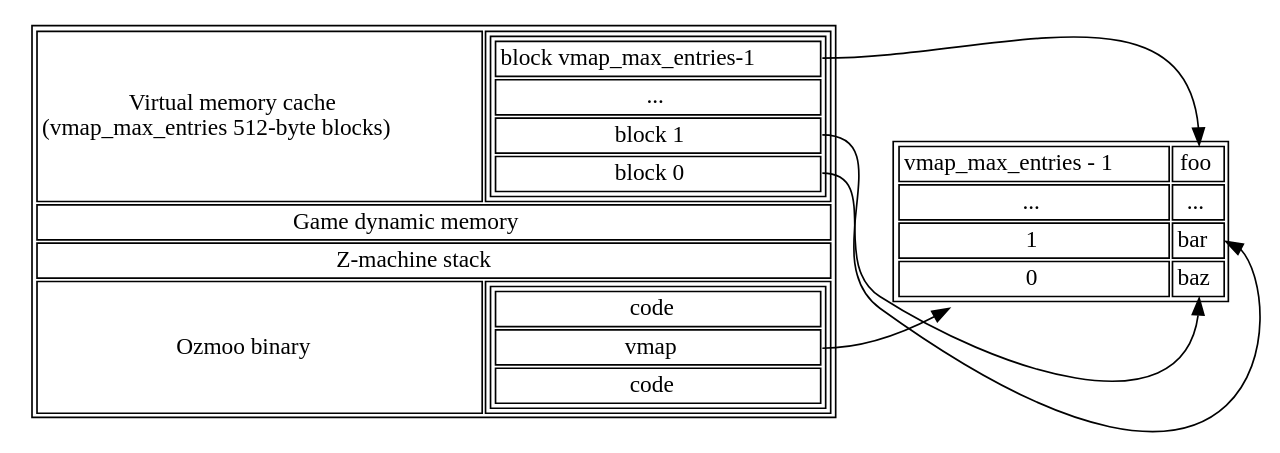
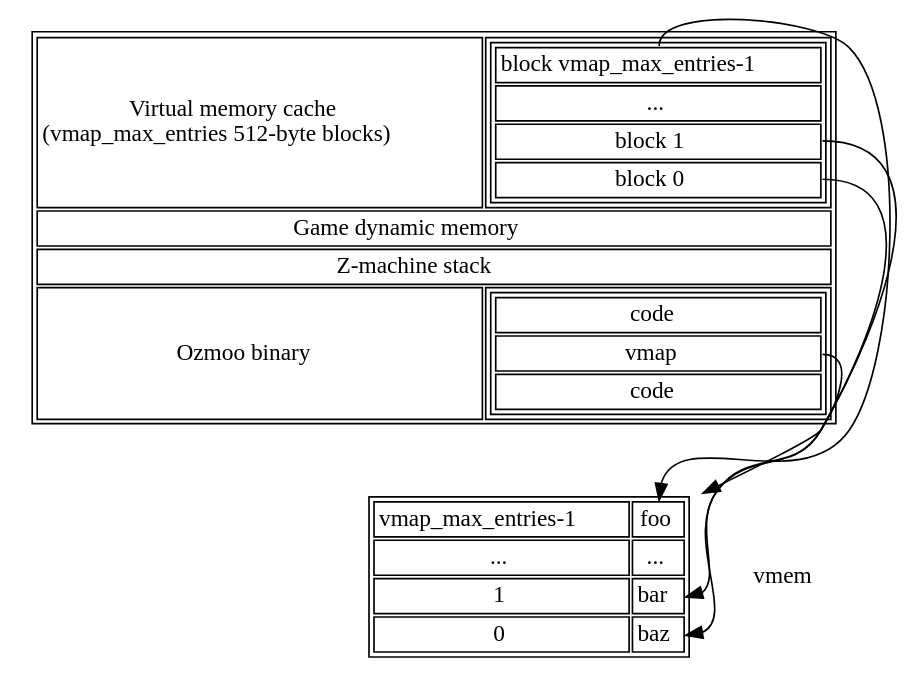
The diagram in documentation/techdocs/memory-map-1.dot (ZornsLemma/ozmoo), drawn with Graphviz before and after one commit.

Commit message:
Snapshot

```diff
--- a/documentation/techdocs/memory-map-1.dot
+++ b/documentation/techdocs/memory-map-1.dot
@@ -1,46 +1,46 @@
 digraph memory {
     node [shape=plaintext];
 
     top [label=<
     <table>
         <tr><td>Virtual memory cache<br/>(vmap_max_entries 512-byte blocks)</td>
             <td>
-                <table>
+                <table port="vmem">
                     <tr><td port="lastblock">block vmap_max_entries-1</td></tr>
                     <tr><td>...</td></tr>
                     <tr><td port="block1">block 1</td></tr>
                     <tr><td port="block0">block 0</td></tr>
                 </table>
             </td>
             </tr>
         <tr><td colspan="2">Game dynamic memory</td></tr>
         <tr><td colspan="2">Z-machine stack</td></tr>
         <tr><td>Ozmoo binary</td>
             <td>
                 <table>
                     <tr><td>code</td></tr>
                     <tr><td port="vmap">vmap</td></tr>
                     <tr><td>code</td></tr>
                 </table>
             </td></tr>
     </table>>];
 
     # vmap [label="{ { vmap_max_entries - 1 | foo } | ... | { 1 | foo } | {0 | foo } }"];
     vmap [label=<
          <table>
-            <tr><td>vmap_max_entries - 1</td><td port="lastblock">foo</td></tr>
+            <tr><td>vmap_max_entries-1</td><td port="lastblock">foo</td></tr>
             <tr><td>...</td><td>...</td></tr>
             <tr><td>1</td><td port="block1">bar</td></tr>
             <tr><td>0</td><td port="block0">baz</td></tr>
          </table>>];
 
-    { rank = same; top vmap };
+    { rank = same; vmem vmap };
 
     top:vmap -> vmap;
     top:lastblock -> vmap:lastblock;
     top:block1 -> vmap:block1;
     top:block0 -> vmap:block0;
 }
 
 # vi: sw=4 sts=4
     #{ { Virtual memory cache \n (vmap_max_entries 512-byte blocks) | { <lastblock> block vmap_max_entries - 1 | ... | <block1> block 1 | <block0> block 0 } } | Game dynamic memory | Z-machine stack | { Ozmoo binary | { code | <vmap> vmap | code } } }"];
```
